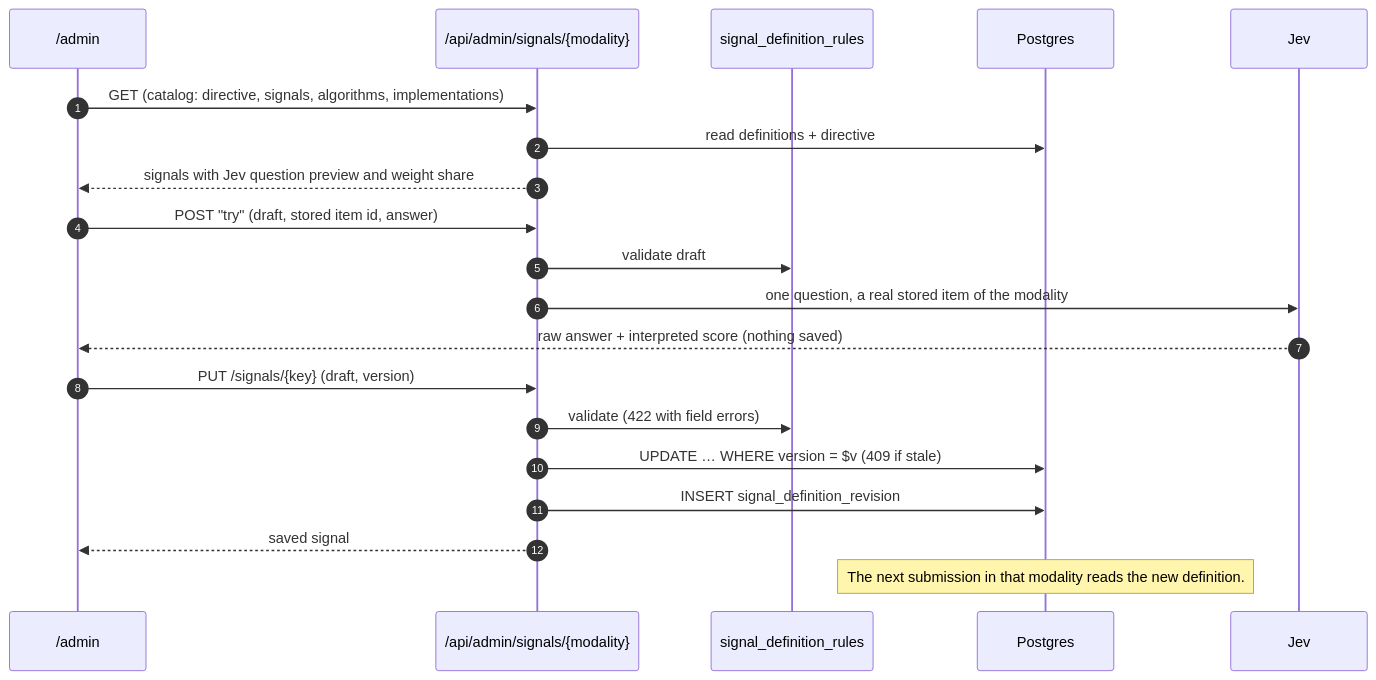
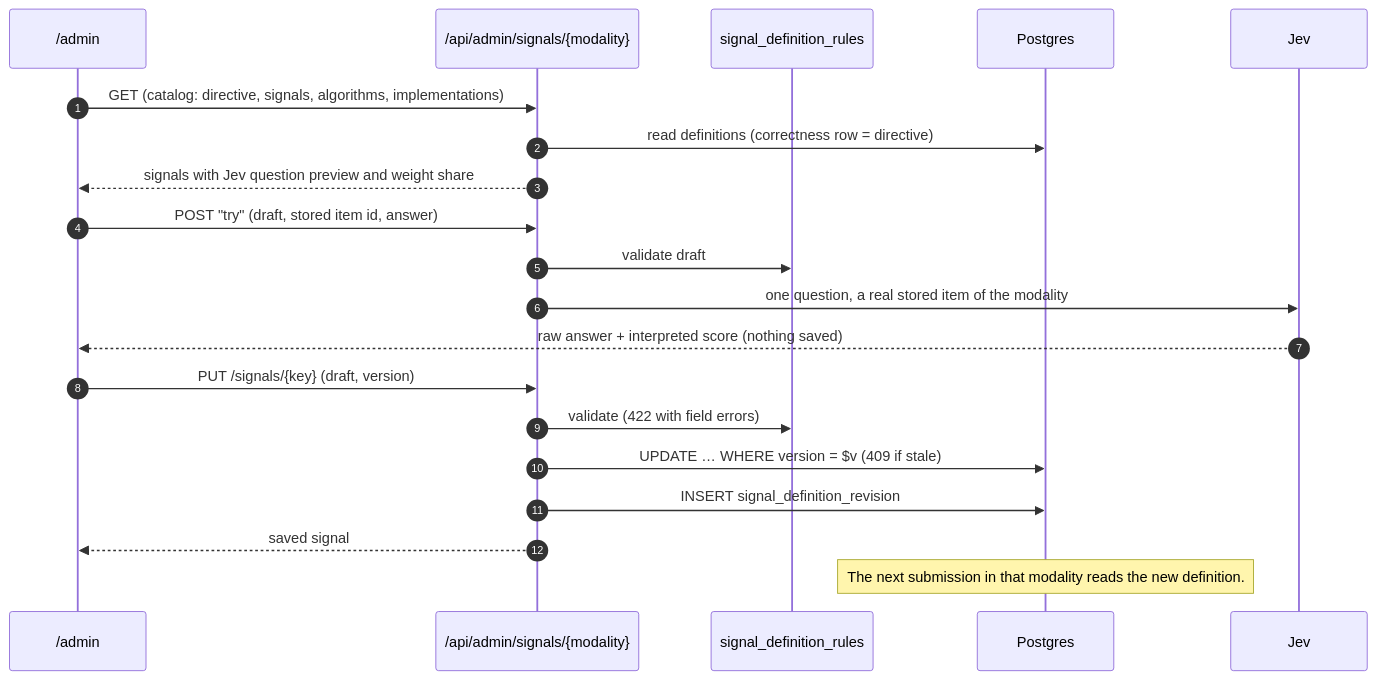
One commit to maxmarzolf/system1 changed the fifth of 5 diagrams in docs/data-flow.md. Above: the diagram before and after it, drawn with Mermaid. The commit also changed other lines of this file and 27 other files, not shown here.

````diff
--- a/docs/data-flow.md
+++ b/docs/data-flow.md
@@ -163,25 +163,25 @@
 ```mermaid
 sequenceDiagram
   autonumber
   participant Admin as /admin
   participant API as /api/admin/signals/{modality}
   participant Rules as signal_definition_rules
   participant DB as Postgres
   participant Jev
 
   Admin->>API: GET (catalog: directive, signals, algorithms, implementations)
-  API->>DB: read definitions + directive
+  API->>DB: read definitions (correctness row = directive)
   API-->>Admin: signals with Jev question preview and weight share
 
   Admin->>API: POST "try" (draft, stored item id, answer)
   API->>Rules: validate draft
   API->>Jev: one question, a real stored item of the modality
   Jev-->>Admin: raw answer + interpreted score (nothing saved)
 
   Admin->>API: PUT /signals/{key} (draft, version)
   API->>Rules: validate (422 with field errors)
   API->>DB: UPDATE … WHERE version = $v (409 if stale)
   API->>DB: INSERT signal_definition_revision
   API-->>Admin: saved signal
   Note over DB: The next submission in that modality reads the new definition.
 ```
````
